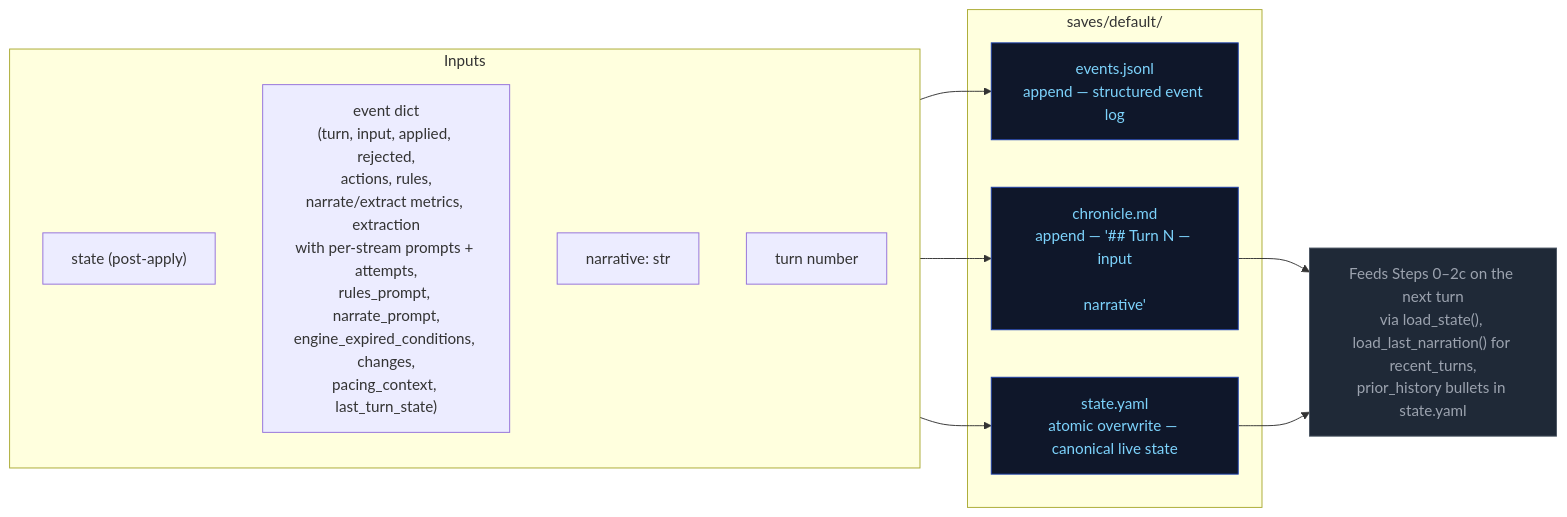
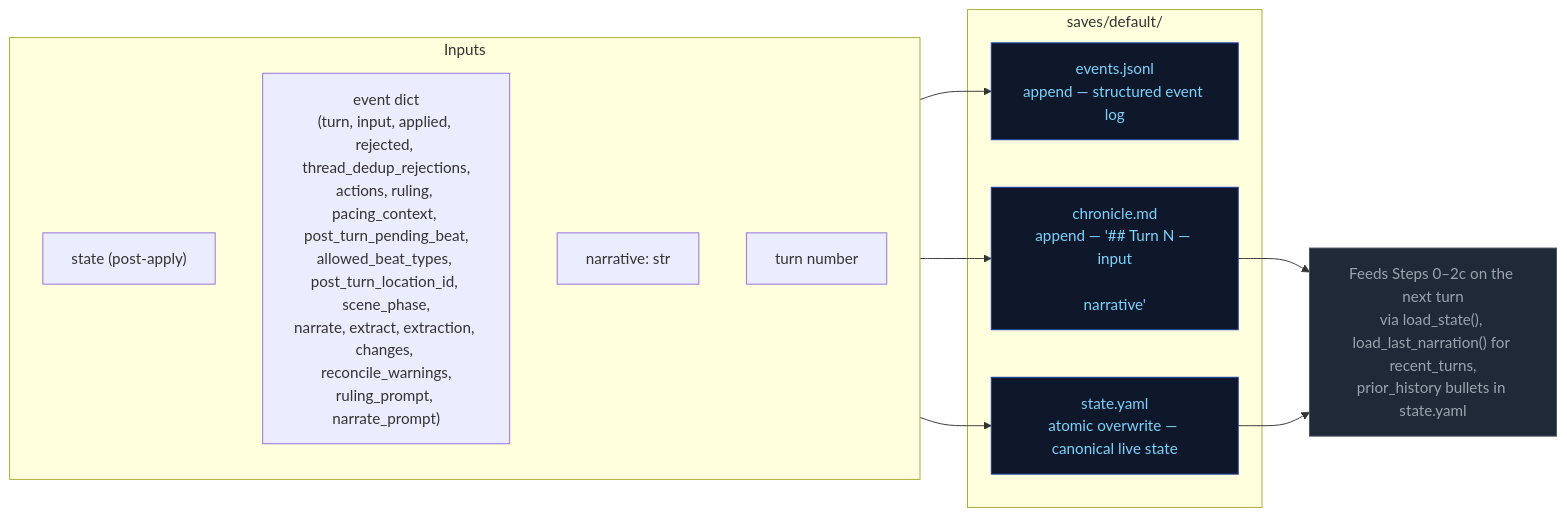
The diagram in docs/architecture/persist.md (pww217/fablethread), drawn with Mermaid before and after one commit. The commit also changed other lines of this file and 17 other files, not shown here.

First line of the commit message:
docs: verify and fix architecture docs against source code

````diff
--- a/docs/architecture/persist.md
+++ b/docs/architecture/persist.md
@@ -54,26 +53,26 @@
 ```mermaid
 flowchart LR
     classDef storageNode fill:#0f172a,color:#7dd3fc,stroke:#1e40af
     classDef pyNode      fill:#1f2937,color:#9ca3af,stroke:#4b5563
 
     subgraph IN["Inputs"]
         P1["state (post-apply)"]
-        P2["event dict<br>(turn, input, applied, rejected,<br>actions, rules,<br>narrate/extract metrics, extraction<br>with per-stream prompts + attempts,<br>rules_prompt, narrate_prompt,<br>engine_expired_conditions, changes,<br>pacing_context, last_turn_state)"]
+        P2["event dict<br>(turn, input, applied, rejected, thread_dedup_rejections,<br>actions, ruling, pacing_context, post_turn_pending_beat,<br>allowed_beat_types, post_turn_location_id, scene_phase,<br>narrate, extract, extraction, changes, reconcile_warnings,<br>ruling_prompt, narrate_prompt)"]
         P3["narrative: str"]
         P4["turn number"]
     end
 
     subgraph WRITES["saves/default/"]
         W1["events.jsonl<br>append — structured event log"]:::storageNode
         W2["state.yaml<br>atomic overwrite — canonical live state"]:::storageNode
         W3["chronicle.md<br>append — '## Turn N — input\n\nnarrative'"]:::storageNode
     end
 
     READBACK["Feeds Steps 0–2c on the next turn<br>via load_state(), load_last_narration() for recent_turns,<br>prior_history bullets in state.yaml"]:::pyNode
 
     IN --> W1
     IN --> W2
     IN --> W3
     W3 --> READBACK
     W2 --> READBACK
 ```
````
